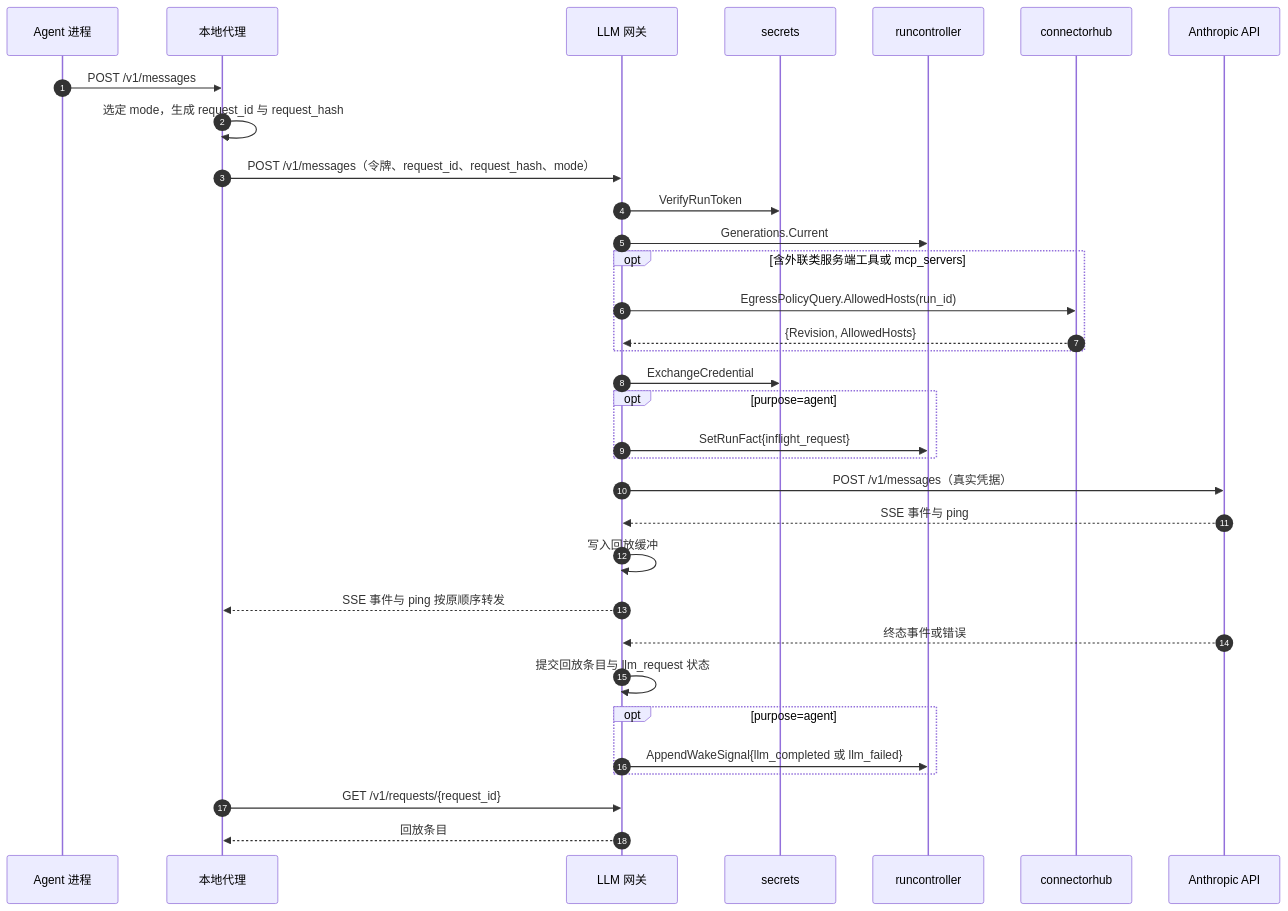
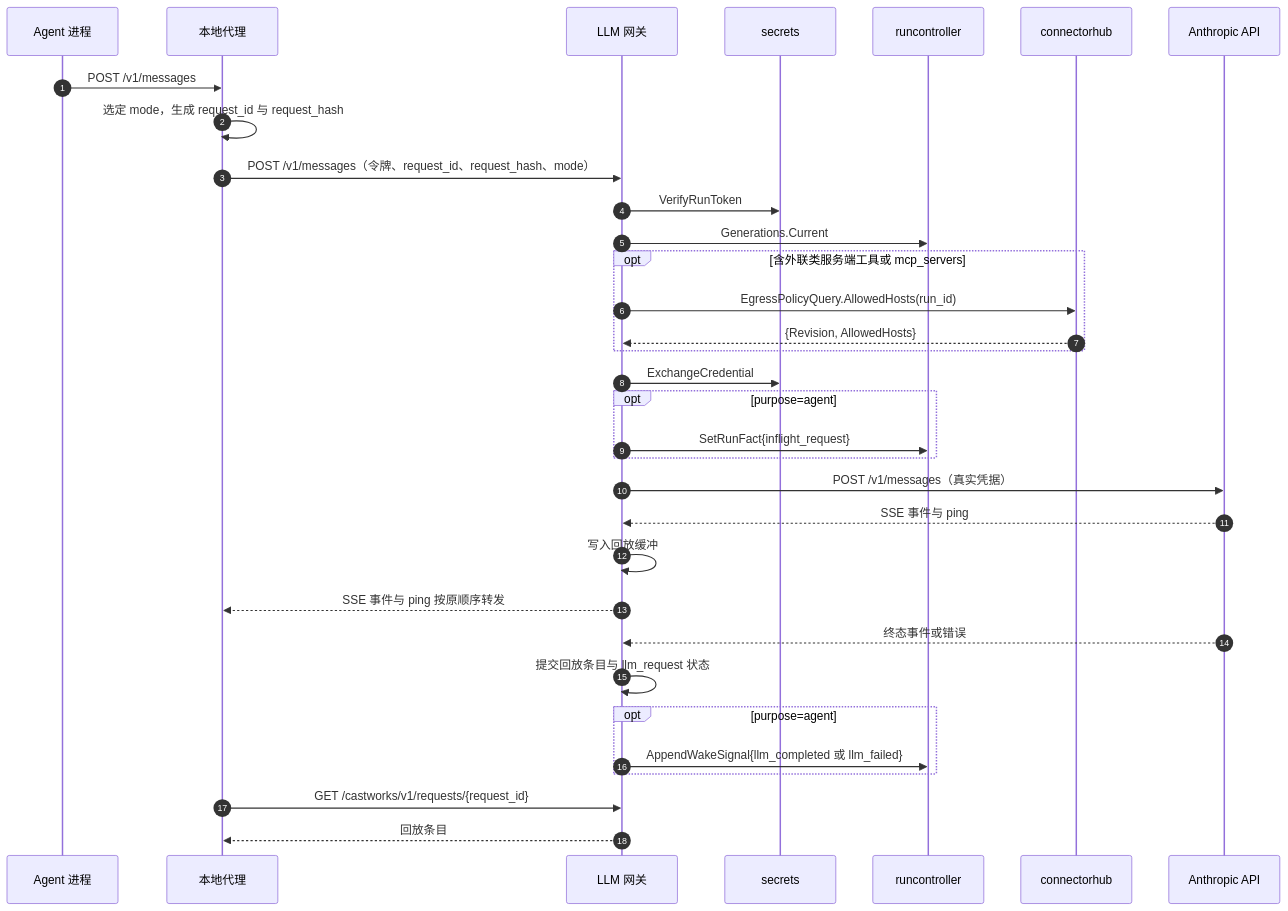
Before and after one commit to wangzw/castworks: the first of 3 diagrams in docs/design/modules/design-llmgateway.md, drawn with Mermaid. The commit also changed other lines of this file and 5 other files, not shown here.

````diff
--- a/docs/design/modules/design-llmgateway.md
+++ b/docs/design/modules/design-llmgateway.md
@@ -163,35 +171,35 @@
 ```mermaid
 sequenceDiagram
     autonumber
     participant A as Agent 进程
     participant P as 本地代理
     participant G as LLM 网关
     participant S as secrets
     participant R as runcontroller
     participant H as connectorhub
     participant U as Anthropic API
     A->>P: POST /v1/messages
     P->>P: 选定 mode，生成 request_id 与 request_hash
     P->>G: POST /v1/messages（令牌、request_id、request_hash、mode）
     G->>S: VerifyRunToken
     G->>R: Generations.Current
     opt 含外联类服务端工具或 mcp_servers
         G->>H: EgressPolicyQuery.AllowedHosts(run_id)
         H-->>G: {Revision, AllowedHosts}
     end
     G->>S: ExchangeCredential
     opt purpose=agent
         G->>R: SetRunFact{inflight_request}
     end
     G->>U: POST /v1/messages（真实凭据）
     U-->>G: SSE 事件与 ping
     G->>G: 写入回放缓冲
     G-->>P: SSE 事件与 ping 按原顺序转发
     U-->>G: 终态事件或错误
     G->>G: 提交回放条目与 llm_request 状态
     opt purpose=agent
         G->>R: AppendWakeSignal{llm_completed 或 llm_failed}
     end
-    P->>G: GET /v1/requests/{request_id}
+    P->>G: GET /castworks/v1/requests/{request_id}
     G-->>P: 回放条目
 ```
````
